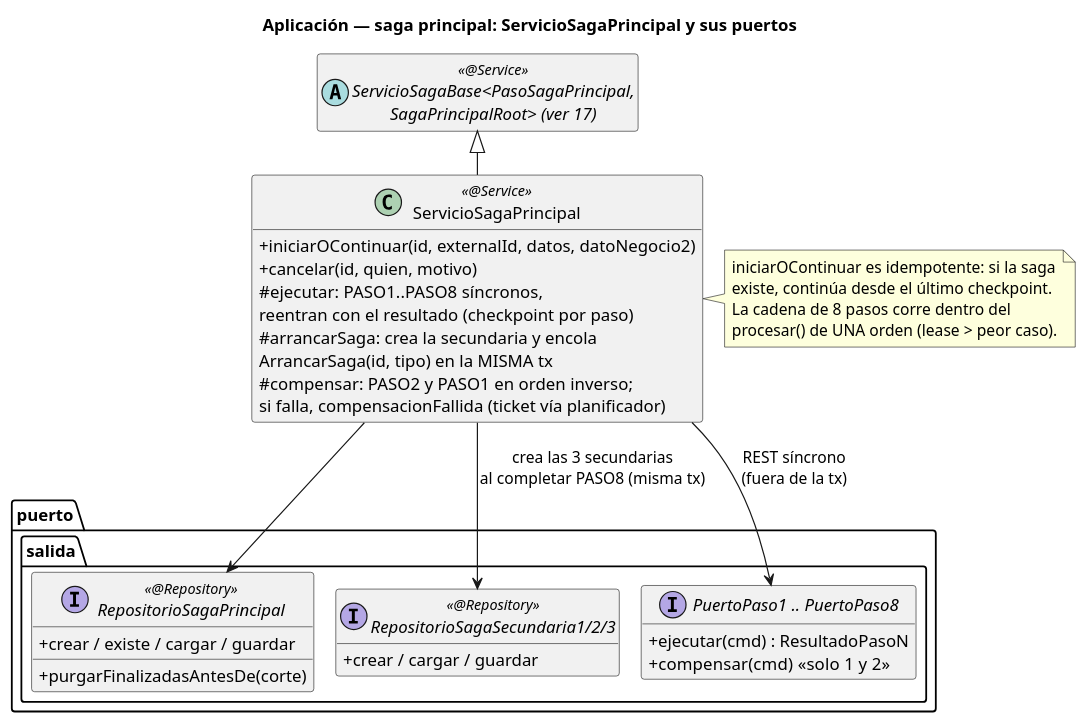
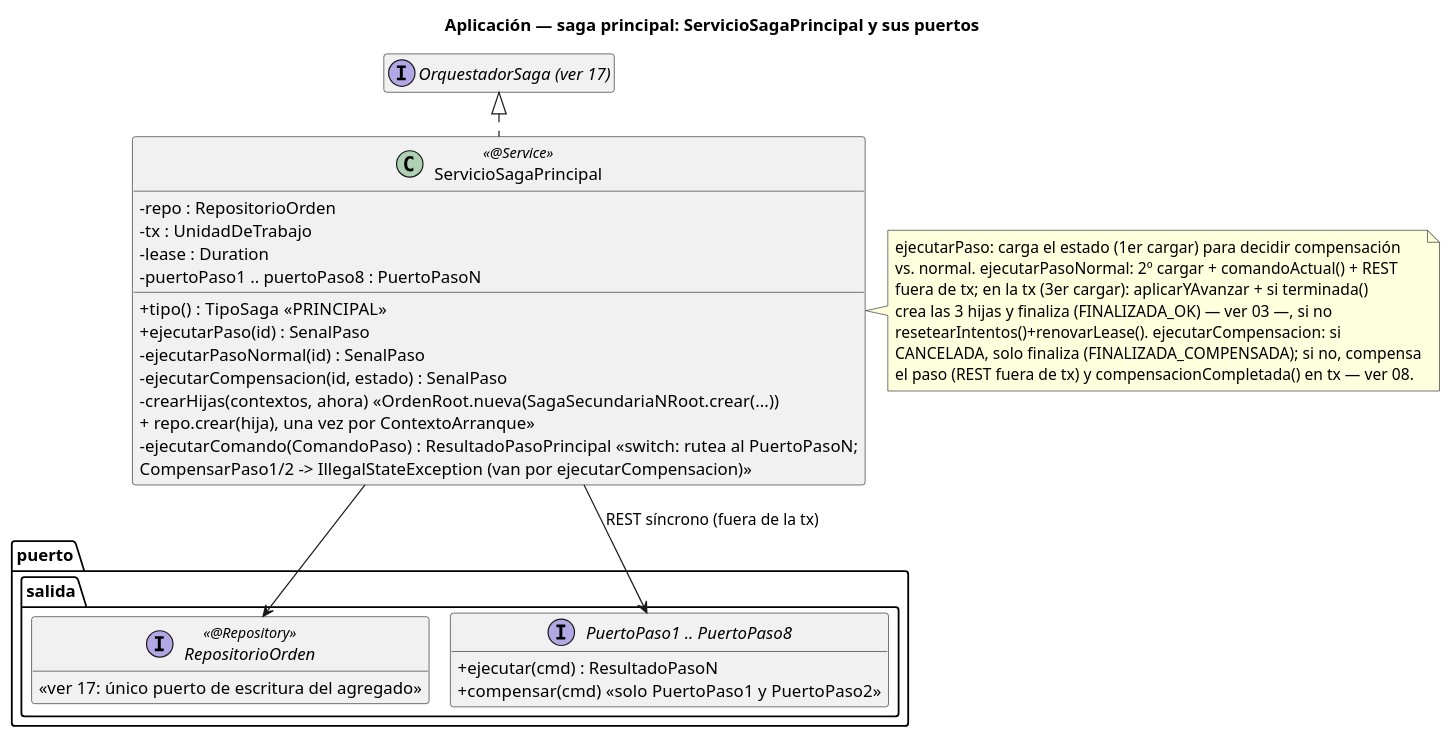
One commit to ralcazar/patrones changed the diagram in order-manager/docs/18-clases-aplicacion-saga-principal.puml. Above: the diagram before and after it, drawn with PlantUML. The commit also changed 45 other files, not shown here.

First line of the commit message:
Fase 5: diagramas de order-manager sincronizados con el agregado unico

```diff
--- a/order-manager/docs/18-clases-aplicacion-saga-principal.puml
+++ b/order-manager/docs/18-clases-aplicacion-saga-principal.puml
@@ -1,41 +1,44 @@
 @startuml 18-clases-aplicacion-saga-principal
 title Aplicación — saga principal: ServicioSagaPrincipal y sus puertos
 !pragma layout smetana
 hide empty members
 skinparam classAttributeIconSize 0
 
-abstract class "ServicioSagaBase<PasoSagaPrincipal,\nSagaPrincipalRoot> (ver 17)" as Base <<@Service>>
+interface "OrquestadorSaga (ver 17)" as Base
 
 class ServicioSagaPrincipal <<@Service>> {
-  +iniciarOContinuar(id, externalId, datos, datoNegocio2)
-  +cancelar(id, quien, motivo)
-  #ejecutar: PASO1..PASO8 síncronos,\nreentran con el resultado (checkpoint por paso)
-  #arrancarSaga: crea la secundaria y encola\nArrancarSaga(id, tipo) en la MISMA tx
-  #compensar: PASO2 y PASO1 en orden inverso;\nsi falla, compensacionFallida (ticket vía planificador)
+  -repo : RepositorioOrden
+  -tx : UnidadDeTrabajo
+  -lease : Duration
+  -puertoPaso1 .. puertoPaso8 : PuertoPasoN
+  +tipo() : TipoSaga  «PRINCIPAL»
+  +ejecutarPaso(id) : SenalPaso
+  -ejecutarPasoNormal(id) : SenalPaso
+  -ejecutarCompensacion(id, estado) : SenalPaso
+  -crearHijas(contextos, ahora)  «OrdenRoot.nueva(SagaSecundariaNRoot.crear(...))\n+ repo.crear(hija), una vez por ContextoArranque»
+  -ejecutarComando(ComandoPaso) : ResultadoPasoPrincipal  «switch: rutea al PuertoPasoN;\nCompensarPaso1/2 -> IllegalStateException (van por ejecutarCompensacion)»
 }
 note right of ServicioSagaPrincipal
-  iniciarOContinuar es idempotente: si la saga
-  existe, continúa desde el último checkpoint.
-  La cadena de 8 pasos corre dentro del
-  procesar() de UNA orden (lease > peor caso).
+  ejecutarPaso: carga el estado (1er cargar) para decidir compensación
+  vs. normal. ejecutarPasoNormal: 2º cargar + comandoActual() + REST
+  fuera de tx; en la tx (3er cargar): aplicarYAvanzar + si terminada()
+  crea las 3 hijas y finaliza (FINALIZADA_OK) — ver 03 —, si no
+  resetearIntentos()+renovarLease(). ejecutarCompensacion: si
+  CANCELADA, solo finaliza (FINALIZADA_COMPENSADA); si no, compensa
+  el paso (REST fuera de tx) y compensacionCompletada() en tx — ver 08.
 end note
 
 package "puerto.salida" {
-  interface RepositorioSagaPrincipal <<@Repository>> {
-    +crear / existe / cargar / guardar
-    +purgarFinalizadasAntesDe(corte)
-  }
-  interface "RepositorioSagaSecundaria1/2/3" as ReposSecundarias <<@Repository>> {
-    +crear / cargar / guardar
+  interface RepositorioOrden <<@Repository>> {
+    «ver 17: único puerto de escritura del agregado»
   }
   interface "PuertoPaso1 .. PuertoPaso8" as PuertosPaso {
     +ejecutar(cmd) : ResultadoPasoN
-    +compensar(cmd)  «solo 1 y 2»
+    +compensar(cmd)  «solo PuertoPaso1 y PuertoPaso2»
   }
 }
 
-Base <|-down- ServicioSagaPrincipal
-ServicioSagaPrincipal --> RepositorioSagaPrincipal
-ServicioSagaPrincipal --> ReposSecundarias : crea las 3 secundarias\nal completar PASO8 (misma tx)
-ServicioSagaPrincipal --> PuertosPaso : REST síncrono\n(fuera de la tx)
+Base <|.. ServicioSagaPrincipal
+ServicioSagaPrincipal --> RepositorioOrden
+ServicioSagaPrincipal --> PuertosPaso : REST síncrono (fuera de la tx)
 @enduml
```
